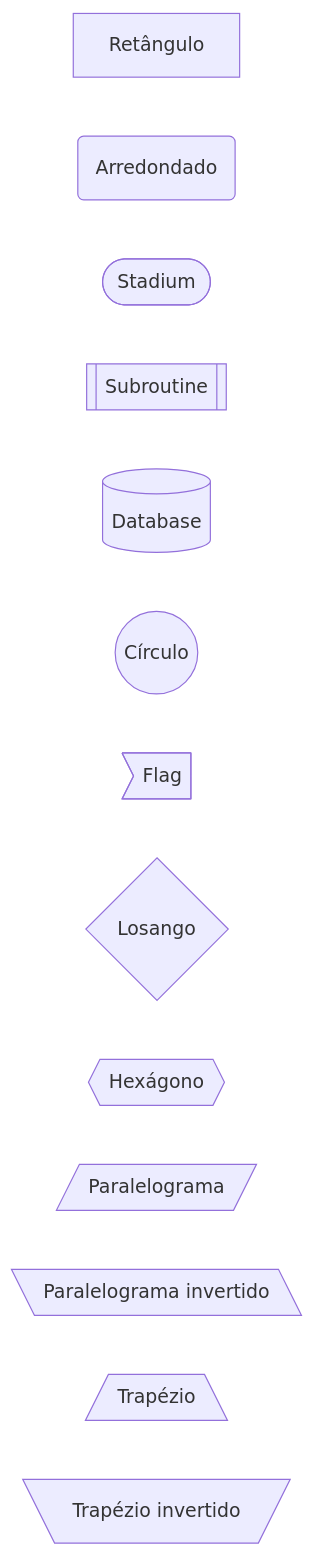
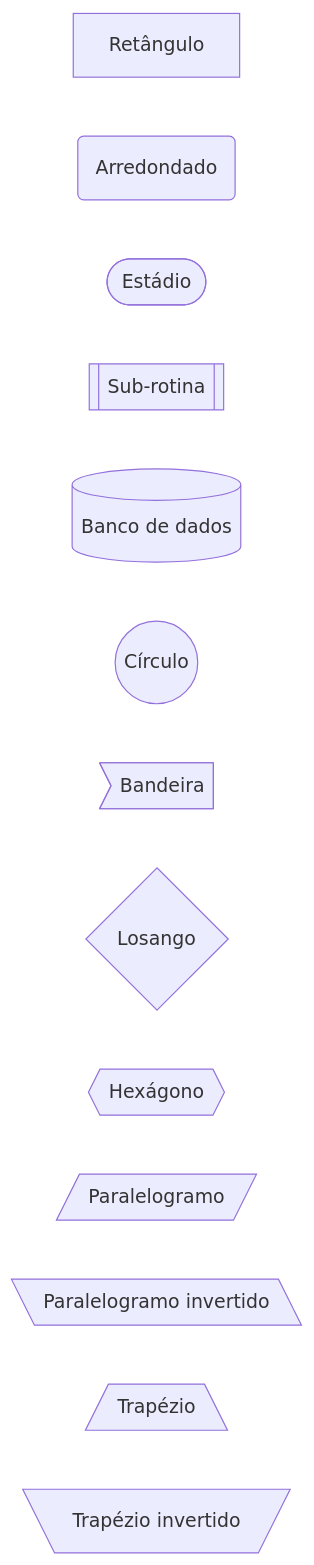
One commit to gersonvan/padtec changed the first of 2 diagrams in ferramentas/confluence-mermaid-package/MERMAID-GUIDE.md. Above: the diagram before and after it, drawn with Mermaid. The commit also changed other lines of this file and 5 other files, not shown here.

````diff
--- a/ferramentas/confluence-mermaid-package/MERMAID-GUIDE.md
+++ b/ferramentas/confluence-mermaid-package/MERMAID-GUIDE.md
@@ -67,16 +36,16 @@
 ```mermaid
 graph LR
     A[Retângulo]
     B(Arredondado)
-    C([Stadium])
-    D[[Subroutine]]
-    E[(Database)]
+    C([Estádio])
+    D[[Sub-rotina]]
+    E[(Banco de dados)]
     F((Círculo))
-    G>Flag]
+    G>Bandeira]
     H{Losango}
     I{{Hexágono}}
-    J[/Paralelograma/]
-    K[\Paralelograma invertido\]
+    J[/Paralelogramo/]
+    K[\Paralelogramo invertido\]
     L[/Trapézio\]
     M[\Trapézio invertido/]
 ```
````
